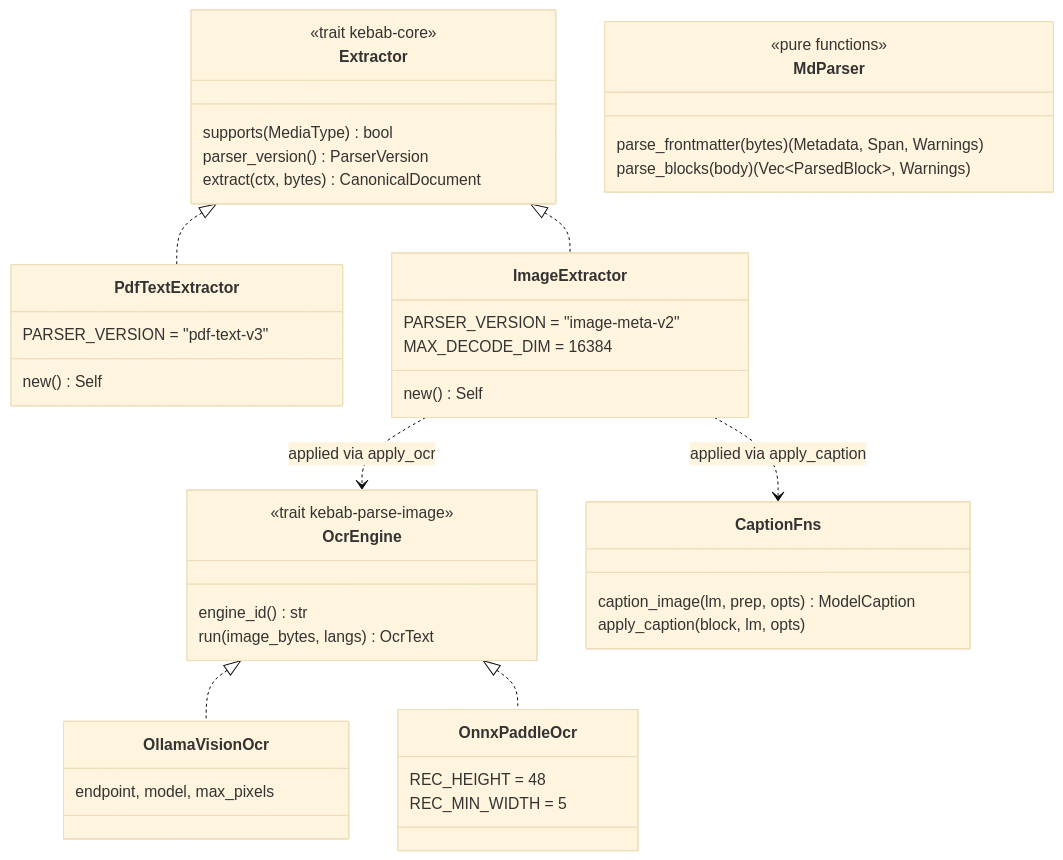
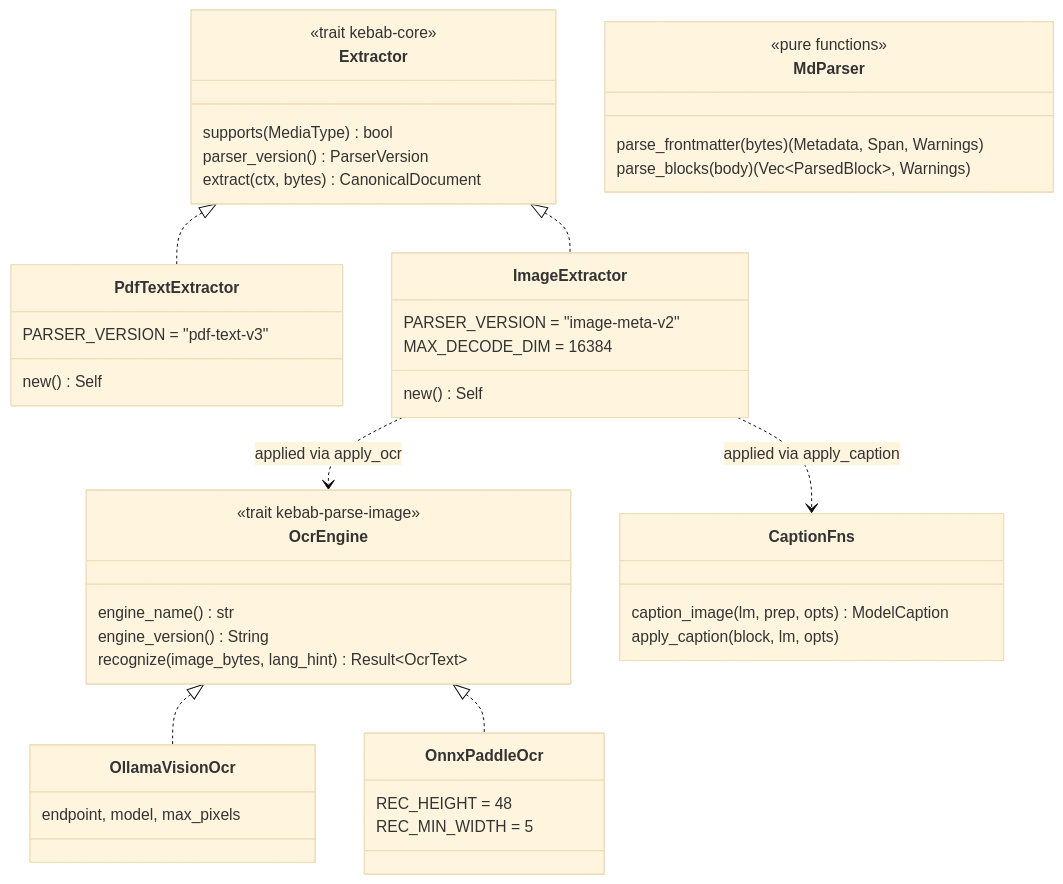
One commit to altair823/kebab changed the first of 2 diagrams in docs/components/parse/README.md. Above: the diagram before and after it, drawn with Mermaid (base theme). The commit also changed other lines of this file and 6 other files, not shown here.

````diff
--- a/docs/components/parse/README.md
+++ b/docs/components/parse/README.md
@@ -15,45 +15,46 @@
 ```mermaid
 classDiagram
     class Extractor {
         <<trait kebab-core>>
         supports(MediaType) bool
         parser_version() ParserVersion
         extract(ctx, bytes) CanonicalDocument
     }
     class MdParser {
         <<pure functions>>
         parse_frontmatter(bytes) (Metadata, Span, Warnings)
         parse_blocks(body) (Vec~ParsedBlock~, Warnings)
     }
     class PdfTextExtractor {
         PARSER_VERSION = "pdf-text-v3"
         new() Self
     }
     class ImageExtractor {
         PARSER_VERSION = "image-meta-v2"
         MAX_DECODE_DIM = 16384
         new() Self
     }
     class OcrEngine {
         <<trait kebab-parse-image>>
-        engine_id() str
-        run(image_bytes, langs) OcrText
+        engine_name() str
+        engine_version() String
+        recognize(image_bytes, lang_hint) Result~OcrText~
     }
     class OllamaVisionOcr {
         endpoint, model, max_pixels
     }
     class OnnxPaddleOcr {
         REC_HEIGHT = 48
         REC_MIN_WIDTH = 5
     }
     class CaptionFns {
         caption_image(lm, prep, opts) ModelCaption
         apply_caption(block, lm, opts)
     }
     Extractor <|.. PdfTextExtractor
     Extractor <|.. ImageExtractor
     OcrEngine <|.. OllamaVisionOcr
     OcrEngine <|.. OnnxPaddleOcr
     ImageExtractor ..> OcrEngine : applied via apply_ocr
     ImageExtractor ..> CaptionFns : applied via apply_caption
 ```
````
